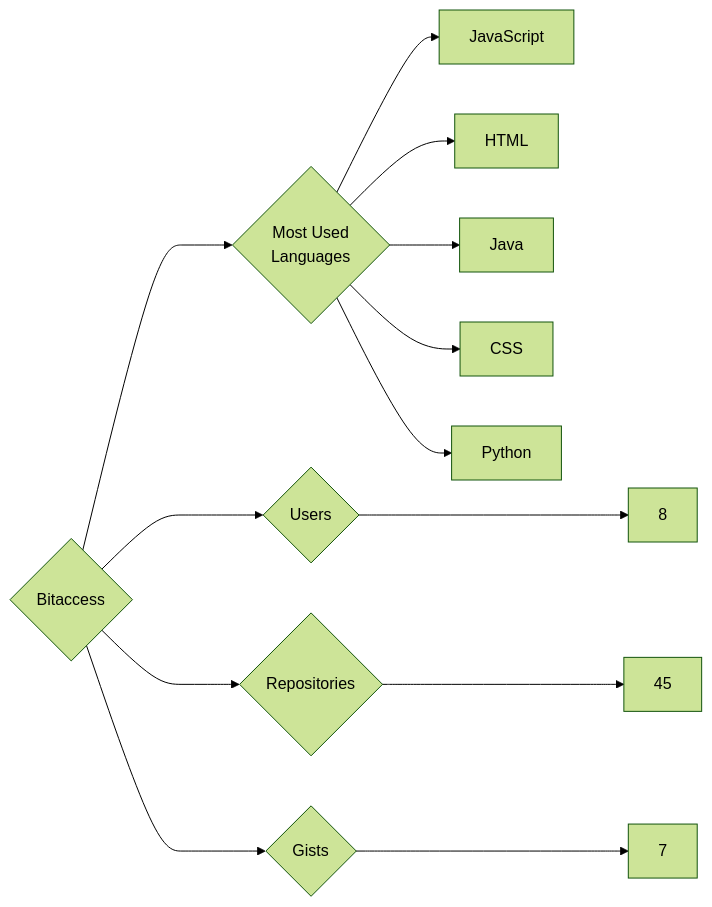
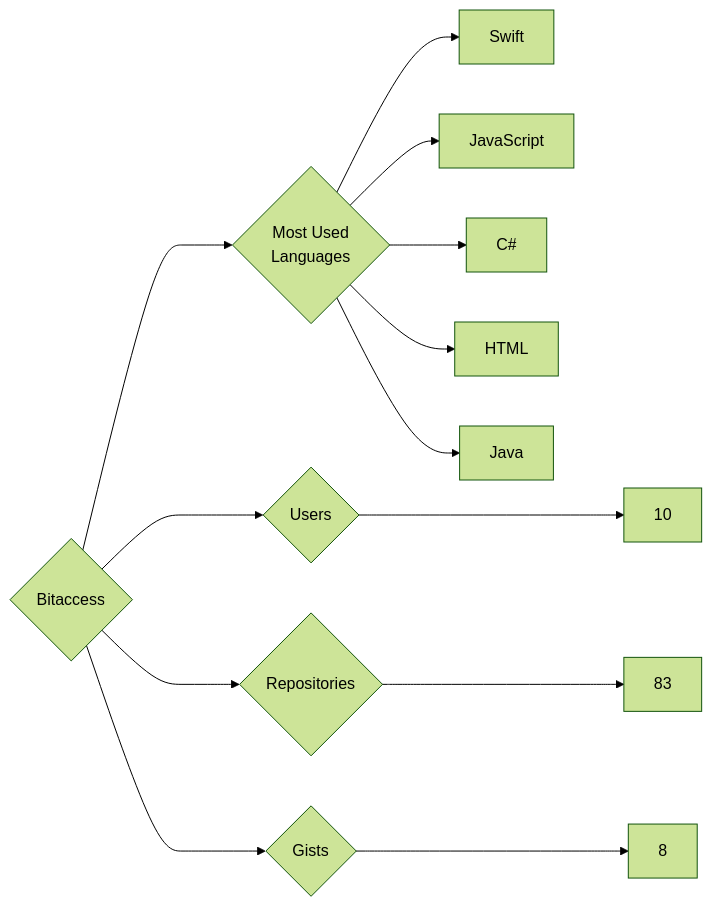
The diagram in targets/Bitaccess/README.md (trickest/insiders), drawn with Mermaid (forest theme) before and after one commit. The commit also changed 837 other files, not shown here.

````diff
--- a/targets/Bitaccess/README.md
+++ b/targets/Bitaccess/README.md
@@ -3,13 +3,13 @@
 ```mermaid
 graph LR
 COMPANY_NAME{Bitaccess}
-COMPANY_NAME ---> U{Users} ---> UN[8]
-COMPANY_NAME ---> R{Repositories} ---> RN[45]
-COMPANY_NAME ---> G{Gists} ---> GN[7]
+COMPANY_NAME ---> U{Users} ---> UN[10]
+COMPANY_NAME ---> R{Repositories} ---> RN[83]
+COMPANY_NAME ---> G{Gists} ---> GN[8]
 COMPANY_NAME ---> ML{Most Used<br>Languages}
+ML --> Swift[Swift]
 ML --> JavaScript[JavaScript]
+ML --> C#[C#]
 ML --> HTML[HTML]
 ML --> Java[Java]
-ML --> CSS[CSS]
-ML --> Python[Python]
 ```
````
